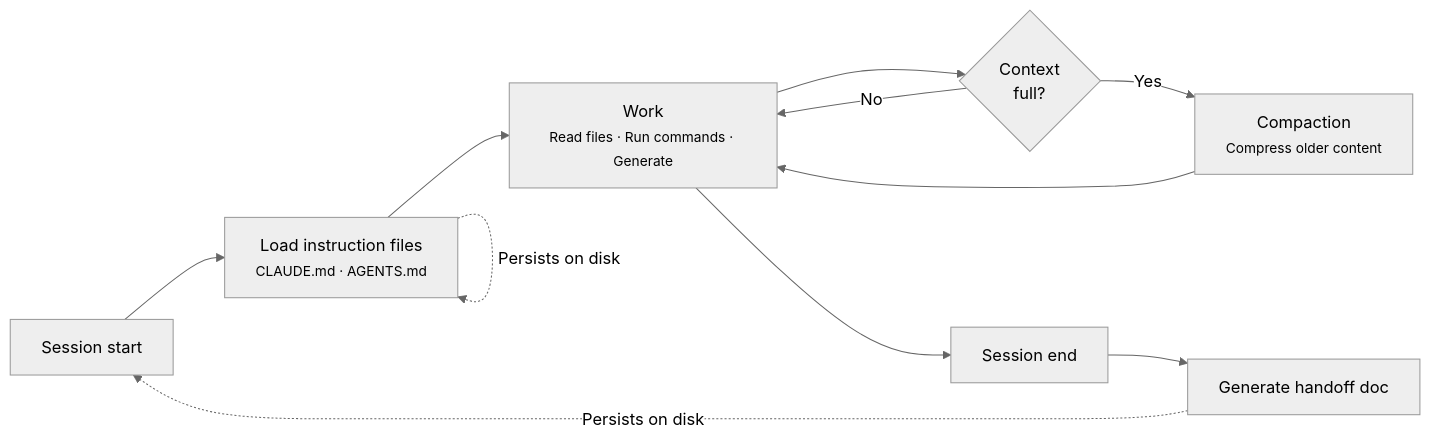
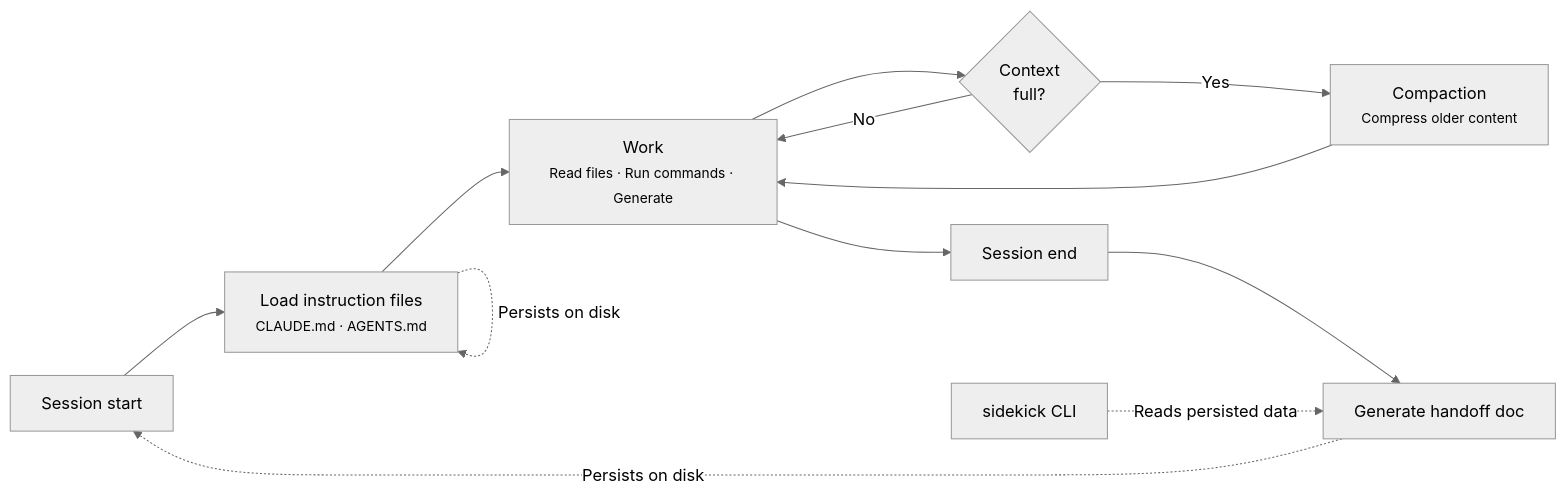
The diagram in docs/getting-started/context-management.md (cesarandreslopez/sidekick-agent-hub), drawn with Mermaid (neutral theme) before and after one commit. The commit also changed other lines of this file and 154 other files, not shown here.

First line of the commit message:
feat: add session intelligence, CLI dashboard, and shared data library

````diff
--- a/docs/getting-started/context-management.md
+++ b/docs/getting-started/context-management.md
@@ -7,14 +7,15 @@
 ```mermaid
 flowchart LR
     Start["Session start"] --> Load["Load instruction files<br/><small>CLAUDE.md · AGENTS.md</small>"]
     Load --> Work["Work<br/><small>Read files · Run commands · Generate</small>"]
     Work --> Full{"Context\nfull?"}
     Full -->|Yes| Compact["Compaction<br/><small>Compress older content</small>"]
     Compact --> Work
     Full -->|No| Work
     Work --> End["Session end"]
     End --> Handoff["Generate handoff doc"]
 
     Handoff -.->|"Persists on disk"| Start
     Load -.->|"Persists on disk"| Load
+    CLI["sidekick CLI"] -.->|"Reads persisted data"| Handoff
 ```
````
